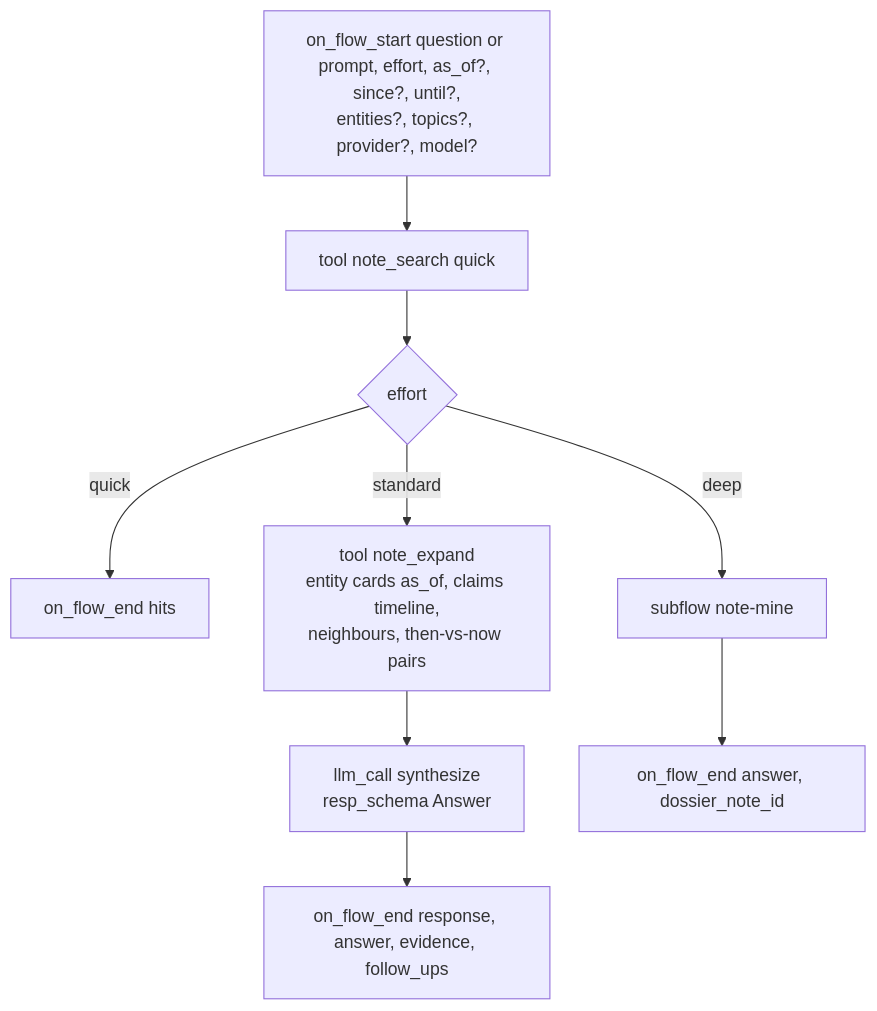
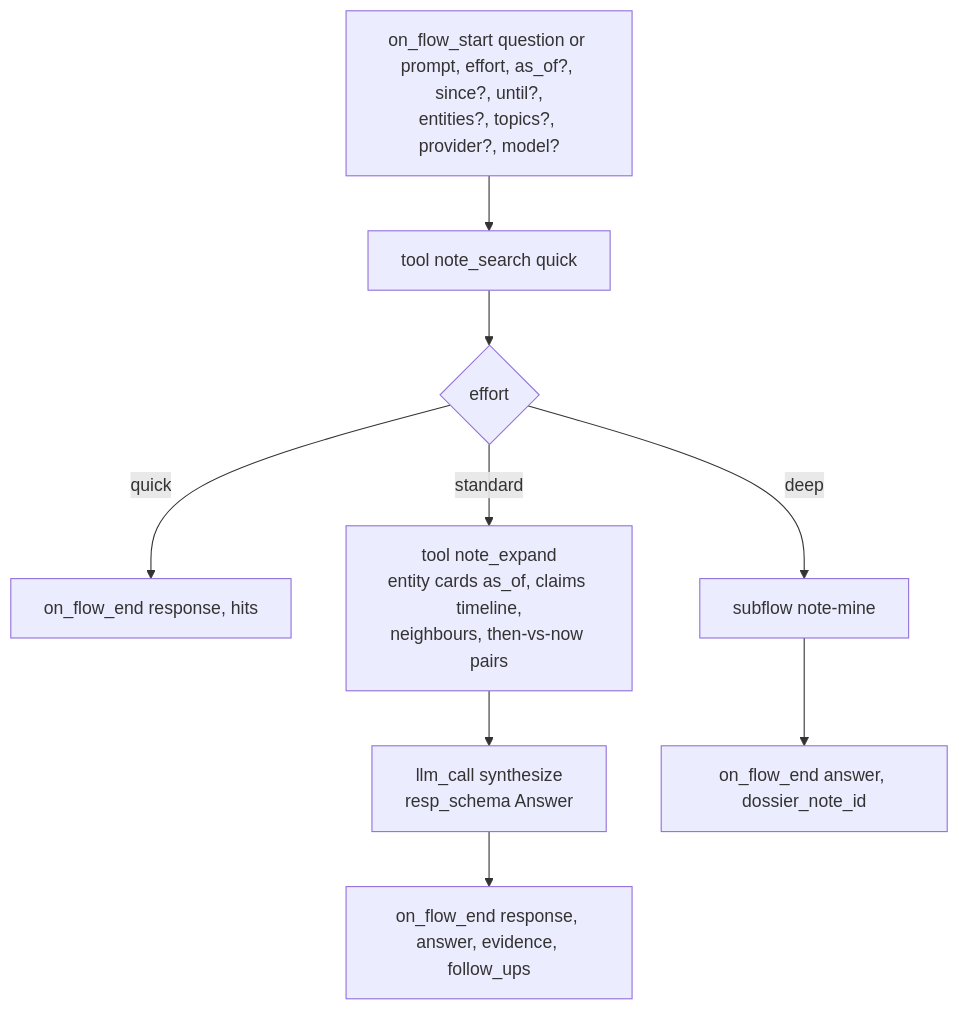
One commit to lpalbou/AbstractNote changed the fourth of 4 diagrams in docs/cognition.md. Above: the diagram before and after it, drawn with Mermaid. The commit also changed other lines of this file and 18 other files, not shown here.

````diff
--- a/docs/cognition.md
+++ b/docs/cognition.md
@@ -146,10 +148,10 @@
 ```mermaid
 flowchart TD
     S[on_flow_start question or prompt, effort, as_of?, since?, until?,<br/>entities?, topics?, provider?, model?] --> Q[tool note_search quick]
     Q --> E{effort}
-    E -- quick --> Z1[on_flow_end hits]
+    E -- quick --> Z1[on_flow_end response, hits]
     E -- standard --> X[tool note_expand<br/>entity cards as_of, claims timeline,<br/>neighbours, then-vs-now pairs]
     X --> L[llm_call synthesize<br/>resp_schema Answer]
     L --> Z2[on_flow_end response, answer, evidence, follow_ups]
     E -- deep --> M[subflow note-mine] --> Z3[on_flow_end answer, dossier_note_id]
 ```
````
